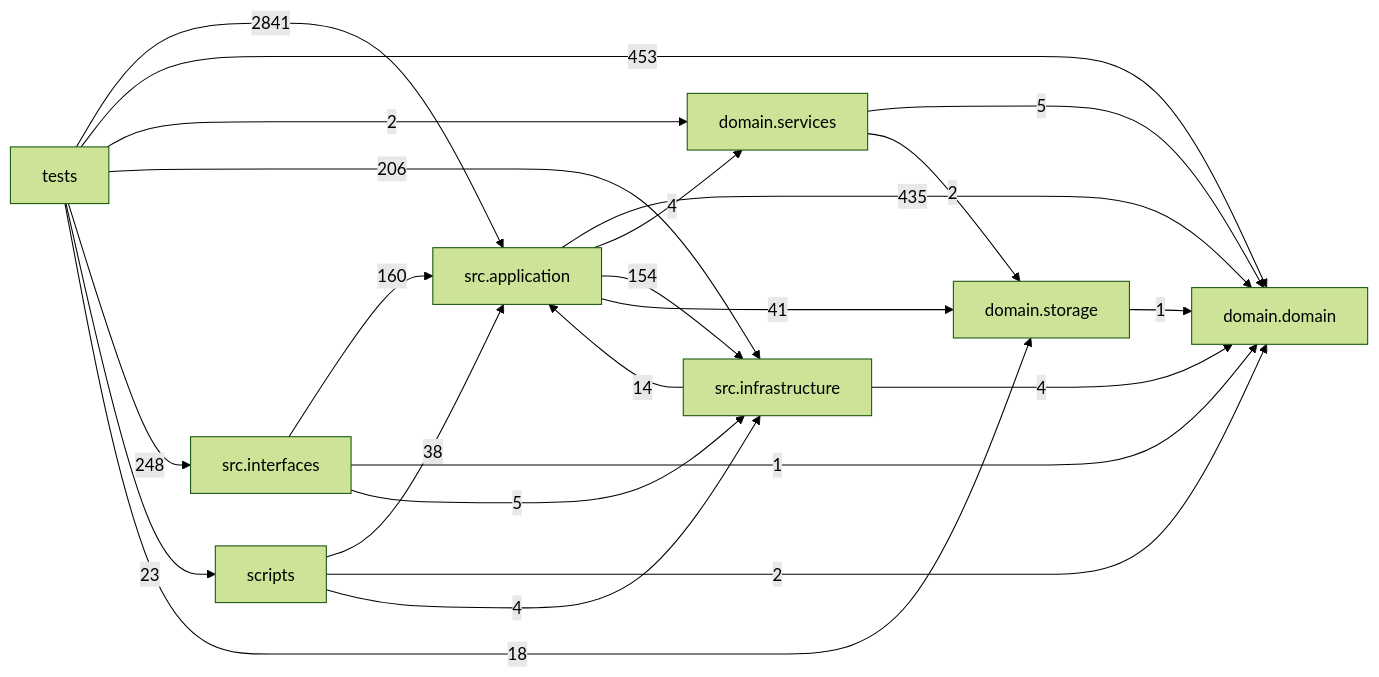
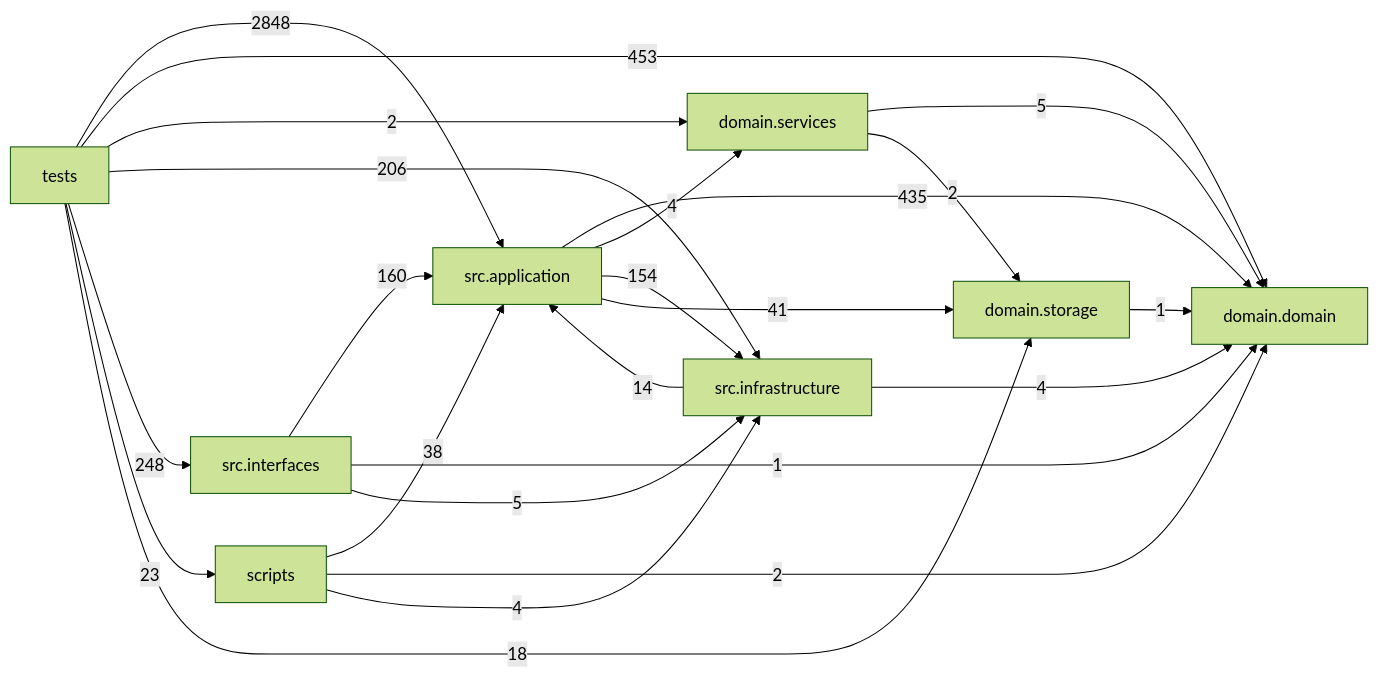
The diagram in docs/DEPENDENCY_GRAPH.md (liuxie066/options-monitor), drawn with Mermaid (forest theme) before and after one commit. The commit also changed other lines of this file and 20 other files, not shown here.

````diff
--- a/docs/DEPENDENCY_GRAPH.md
+++ b/docs/DEPENDENCY_GRAPH.md
@@ -24,33 +24,33 @@
 ```mermaid
 flowchart LR
   tests["tests"]
   scripts["scripts"]
   interfaces["src.interfaces"]
   application["src.application"]
   infrastructure["src.infrastructure"]
   domain_services["domain.services"]
   domain["domain.domain"]
   storage["domain.storage"]
   application -->|435| domain
   application -->|4| domain_services
   application -->|154| infrastructure
   application -->|41| storage
   domain_services -->|5| domain
   domain_services -->|2| storage
   infrastructure -->|14| application
   infrastructure -->|4| domain
   interfaces -->|160| application
   interfaces -->|1| domain
   interfaces -->|5| infrastructure
   scripts -->|38| application
   scripts -->|2| domain
   scripts -->|4| infrastructure
   storage -->|1| domain
-  tests -->|2841| application
+  tests -->|2848| application
   tests -->|453| domain
   tests -->|2| domain_services
   tests -->|206| infrastructure
   tests -->|248| interfaces
   tests -->|23| scripts
   tests -->|18| storage
 ```
````
